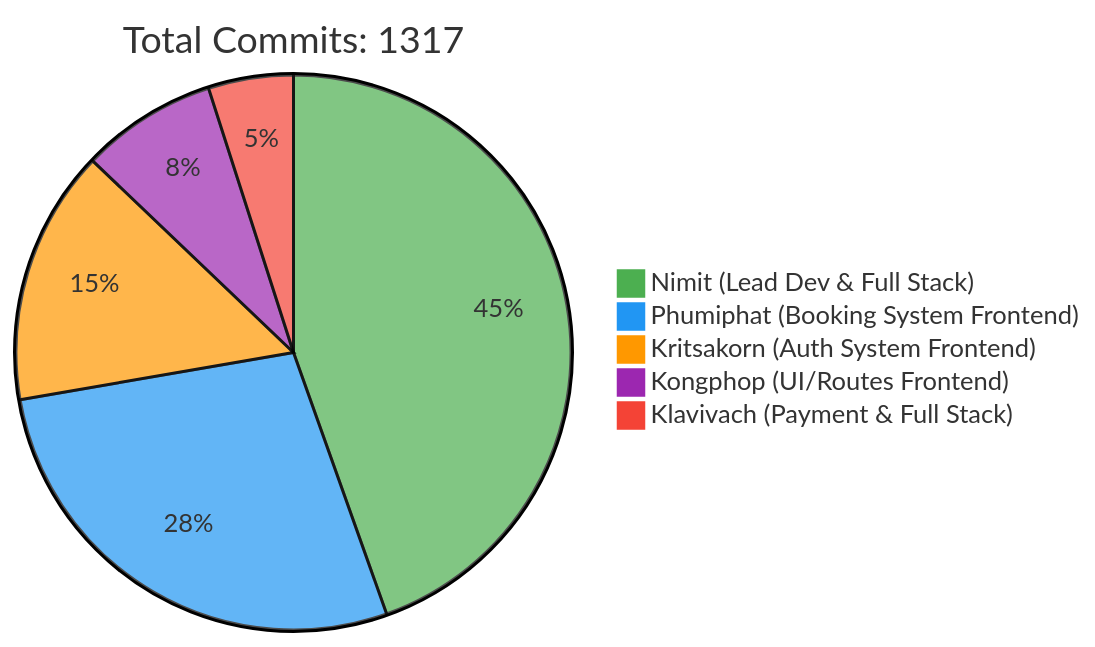
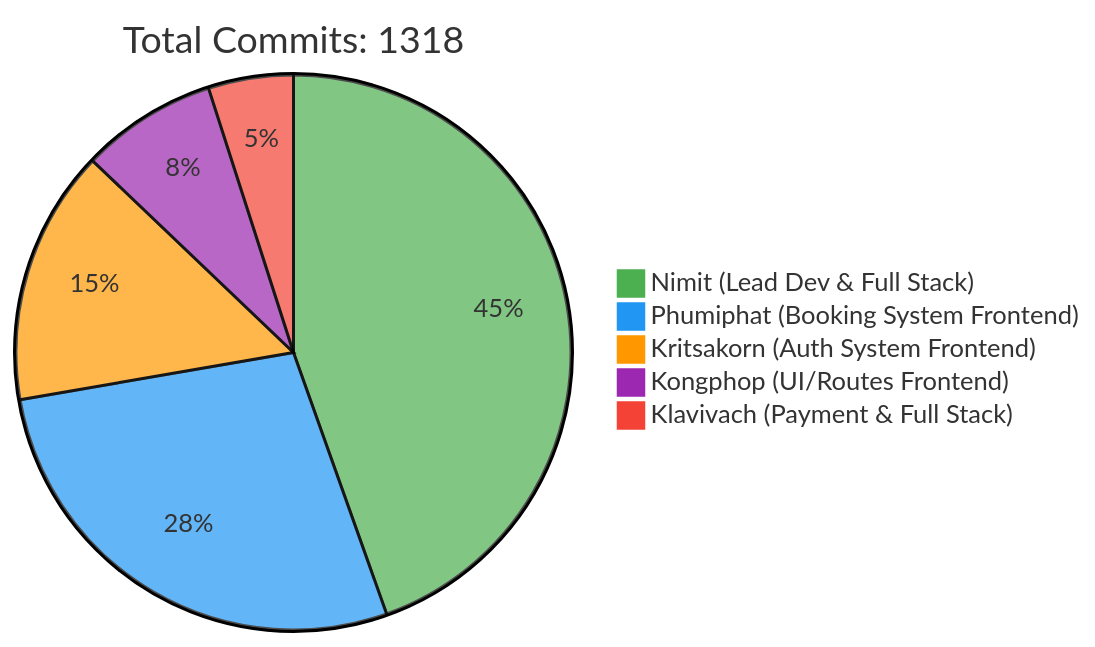
Before and after one commit to 6531503042/Sport-Complex: the first of 2 diagrams in README.md, drawn with Mermaid. The commit also changed other lines of this file, not shown here.

Commit message:
docs: Update contributor statistics [skip ci]

````diff
--- a/README.md
+++ b/README.md
@@ -257,10 +257,10 @@
 ```mermaid
 %%{init: {'theme': 'base', 'themeVariables': { 'pie1': '#4CAF50', 'pie2': '#2196F3', 'pie3': '#FF9800', 'pie4': '#9C27B0', 'pie5': '#F44336'}}}%%
 pie
-    title Total Commits: 1317
+    title Total Commits: 1318
     "Nimit (Lead Dev & Full Stack)" : 450
     "Phumiphat (Booking System Frontend)" : 280
     "Kritsakorn (Auth System Frontend)" : 150
     "Kongphop (UI/Routes Frontend)" : 80
     "Klavivach (Payment & Full Stack)" : 50
 ```
````
